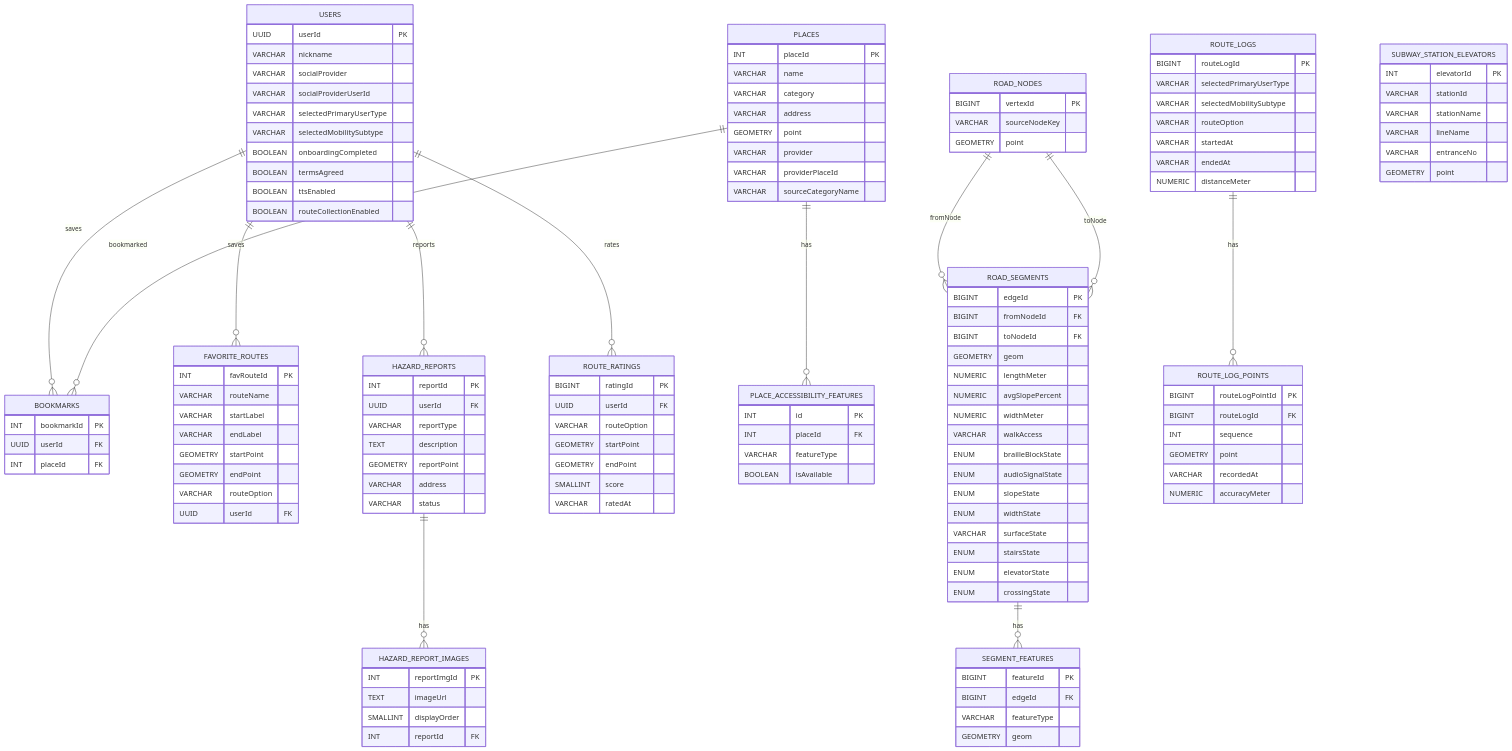
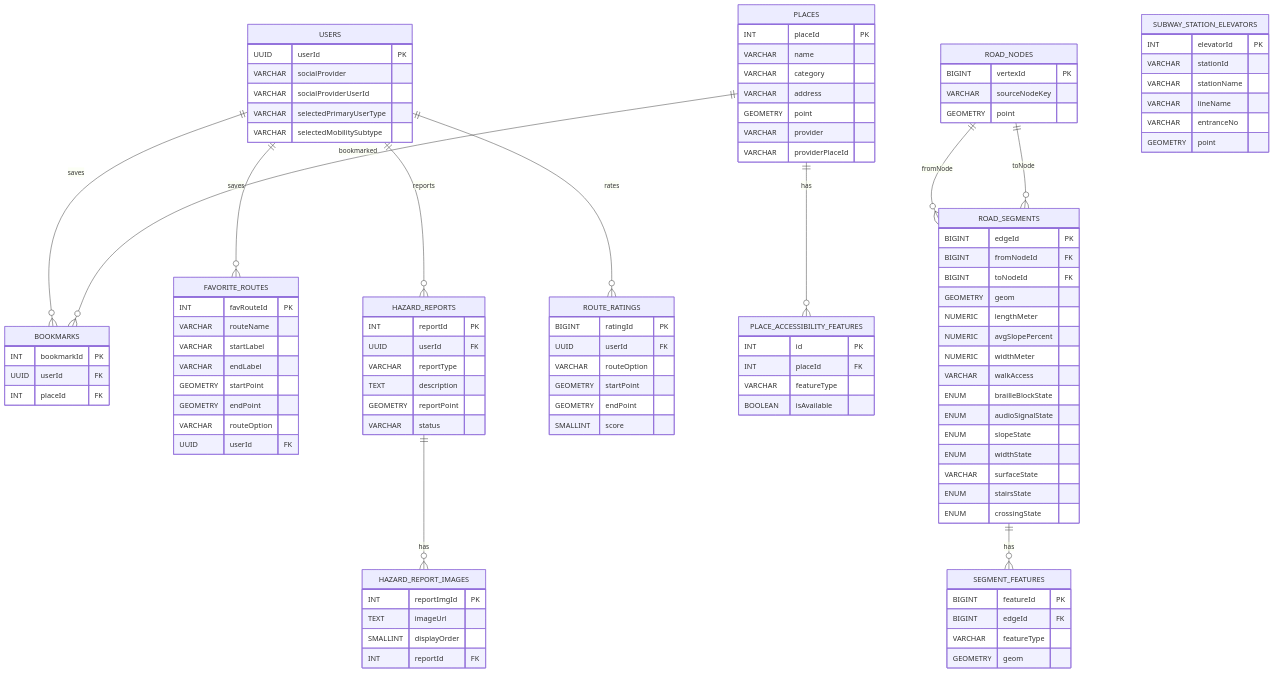
One commit to busaneumgil/busaneumgil changed the diagram in Docs/ARD/ERD_v3.md. Above: the diagram before and after it, drawn with Mermaid. The commit also changed other lines of this file and 33 other files, not shown here.

Commit message:
📝 Docs[S14P31E102-257]: ERD 리뷰 후속 정합성 반영

```diff
--- a/Docs/ARD/ERD_v3.md
+++ b/Docs/ARD/ERD_v3.md
@@ -91,19 +92,13 @@
     ROAD_NODES ||--o{ ROAD_SEGMENTS : fromNode
     ROAD_NODES ||--o{ ROAD_SEGMENTS : toNode
     ROAD_SEGMENTS ||--o{ SEGMENT_FEATURES : has
-    ROUTE_LOGS ||--o{ ROUTE_LOG_POINTS : has
 
     USERS {
         UUID userId PK
-        VARCHAR nickname
         VARCHAR socialProvider
         VARCHAR socialProviderUserId
         VARCHAR selectedPrimaryUserType
         VARCHAR selectedMobilitySubtype
-        BOOLEAN onboardingCompleted
-        BOOLEAN termsAgreed
-        BOOLEAN ttsEnabled
-        BOOLEAN routeCollectionEnabled
     }
 
     BOOKMARKS {
@@ -129,7 +124,6 @@
         VARCHAR reportType
         TEXT description
         GEOMETRY reportPoint
-        VARCHAR address
         VARCHAR status
     }
 
@@ -148,7 +142,6 @@
         GEOMETRY point
         VARCHAR provider
         VARCHAR providerPlaceId
-        VARCHAR sourceCategoryName
     }
 
     PLACE_ACCESSIBILITY_FEATURES {
@@ -179,7 +172,6 @@
         ENUM widthState
         VARCHAR surfaceState
         ENUM stairsState
-        ENUM elevatorState
         ENUM crossingState
     }
 
@@ -190,25 +182,6 @@
         GEOMETRY geom
     }
 
-    ROUTE_LOGS {
-        BIGINT routeLogId PK
-        VARCHAR selectedPrimaryUserType
-        VARCHAR selectedMobilitySubtype
-        VARCHAR routeOption
-        VARCHAR startedAt
-        VARCHAR endedAt
-        NUMERIC distanceMeter
-    }
-
-    ROUTE_LOG_POINTS {
-        BIGINT routeLogPointId PK
-        BIGINT routeLogId FK
-        INT sequence
-        GEOMETRY point
-        VARCHAR recordedAt
-        NUMERIC accuracyMeter
-    }
-
     ROUTE_RATINGS {
         BIGINT ratingId PK
         UUID userId FK
@@ -216,7 +189,6 @@
         GEOMETRY startPoint
         GEOMETRY endPoint
         SMALLINT score
-        VARCHAR ratedAt
     }
 
     SUBWAY_STATION_ELEVATORS {
```
